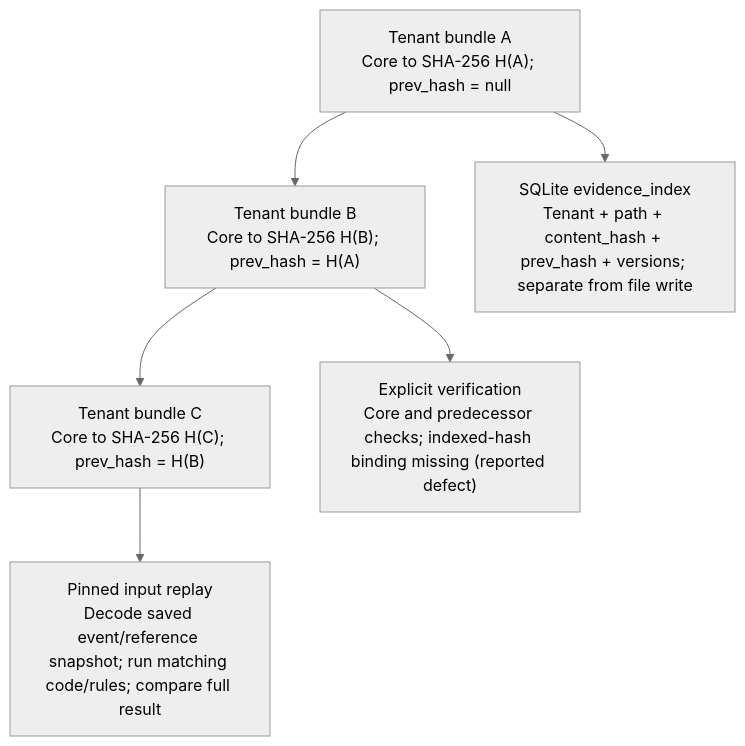
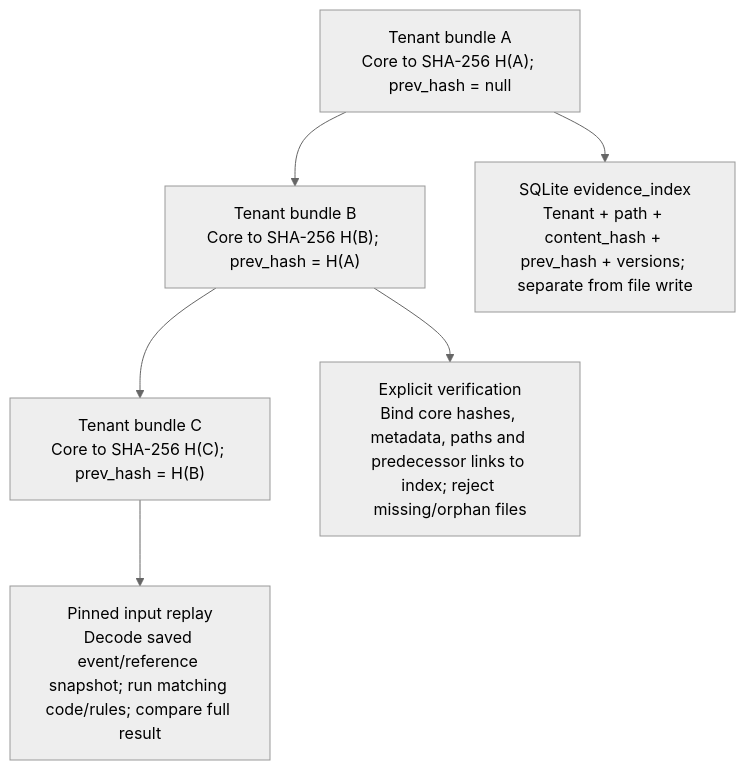
Before and after one commit to Zulfiqar7862/kestrel-adjudication-case-study: the diagram in docs/diagrams/evidence-chain.mmd, drawn with Mermaid (neutral theme). The commit also changed 33 other files, not shown here.

```diff
--- a/docs/diagrams/evidence-chain.mmd
+++ b/docs/diagrams/evidence-chain.mmd
@@ -1,12 +1,12 @@
 flowchart TB
     A["Tenant bundle A<br/>Core to SHA-256 H(A); prev_hash = null"]
     B["Tenant bundle B<br/>Core to SHA-256 H(B); prev_hash = H(A)"]
     C["Tenant bundle C<br/>Core to SHA-256 H(C); prev_hash = H(B)"]
     Index["SQLite evidence_index<br/>Tenant + path + content_hash + prev_hash + versions; separate from file write"]
-    Verify["Explicit verification<br/>Core and predecessor checks; indexed-hash binding missing (reported defect)"]
+    Verify["Explicit verification<br/>Bind core hashes, metadata, paths and predecessor links to index; reject missing/orphan files"]
     Replay["Pinned input replay<br/>Decode saved event/reference snapshot; run matching code/rules; compare full result"]
     A --> B
     B --> C
     A --> Index
     B --> Verify
     C --> Replay
```
